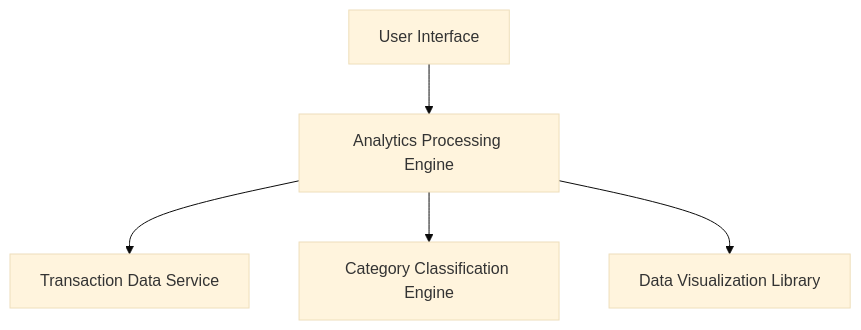
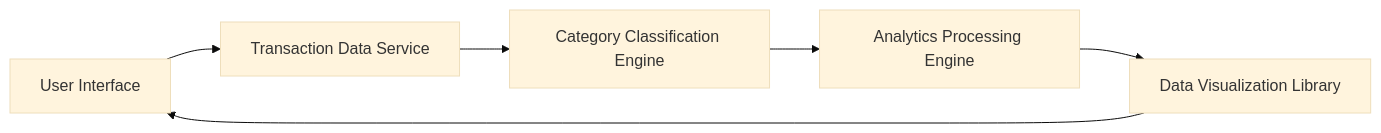
Before and after one commit to AAVA-Demo/APB_Demo: the diagram in HLD/QE-7708_HLD.md, drawn with Mermaid (base theme). The commit also changed other lines of this file and 5 other files, not shown here.

````diff
--- a/HLD/QE-7708_HLD.md
+++ b/HLD/QE-7708_HLD.md
@@ -7,12 +7,13 @@
 ```mermaid
-flowchart TD
+flowchart LR
     A["User Interface"]
-    B["Analytics Processing Engine"]
-    C["Transaction Data Service"]
-    D["Category Classification Engine"]
+    B["Transaction Data Service"]
+    C["Category Classification Engine"]
+    D["Analytics Processing Engine"]
     E["Data Visualization Library"]
     A --> B
     B --> C
-    B --> D
-    B --> E
+    C --> D
+    D --> E
+    E --> A
 ```
````
